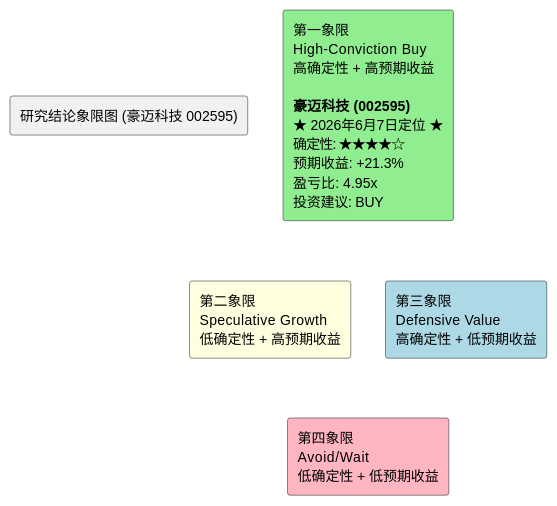
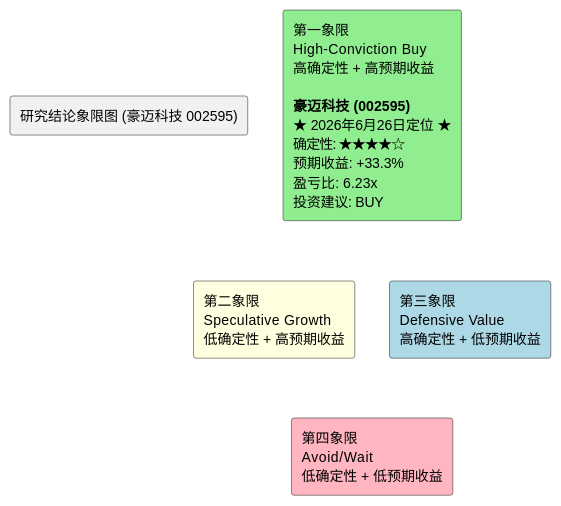
One commit to hrzzzrh/QuantPyLab changed the diagram in investigation/equities/豪迈科技/reports/研报章节七：投资摘要与风险因素.md. Above: the diagram before and after it, drawn with PlantUML. The commit also changed other lines of this file and 198 other files, not shown here.

````diff
--- a/investigation/equities/豪迈科技/reports/研报章节七：投资摘要与风险因素.md
+++ b/investigation/equities/豪迈科技/reports/研报章节七：投资摘要与风险因素.md
@@ -124,18 +124,18 @@
 ```plantuml
 @startuml
 skinparam backgroundColor white
 skinparam componentStyle uml2
 
 rectangle "研究结论象限图 (豪迈科技 002595)" as title
 
-rectangle "第一象限\nHigh-Conviction Buy\n高确定性 + 高预期收益\n\n**豪迈科技 (002595)**\n★ 2026年6月7日定位 ★\n确定性: ★★★★☆\n预期收益: +21.3%\n盈亏比: 4.95x\n投资建议: BUY" as Q1 #LightGreen
+rectangle "第一象限\nHigh-Conviction Buy\n高确定性 + 高预期收益\n\n**豪迈科技 (002595)**\n★ 2026年6月26日定位 ★\n确定性: ★★★★☆\n预期收益: +33.3%\n盈亏比: 6.23x\n投资建议: BUY" as Q1 #LightGreen
 rectangle "第二象限\nSpeculative Growth\n低确定性 + 高预期收益" as Q2 #LightYellow
 rectangle "第三象限\nDefensive Value\n高确定性 + 低预期收益" as Q3 #LightBlue
 rectangle "第四象限\nAvoid/Wait\n低确定性 + 低预期收益" as Q4 #LightPink
 
 Q1 -[hidden]-> Q2
 Q3 -[hidden]-> Q4
 Q1 -[hidden]-> Q3
 Q2 -[hidden]-> Q4
 @enduml
 ```
````
